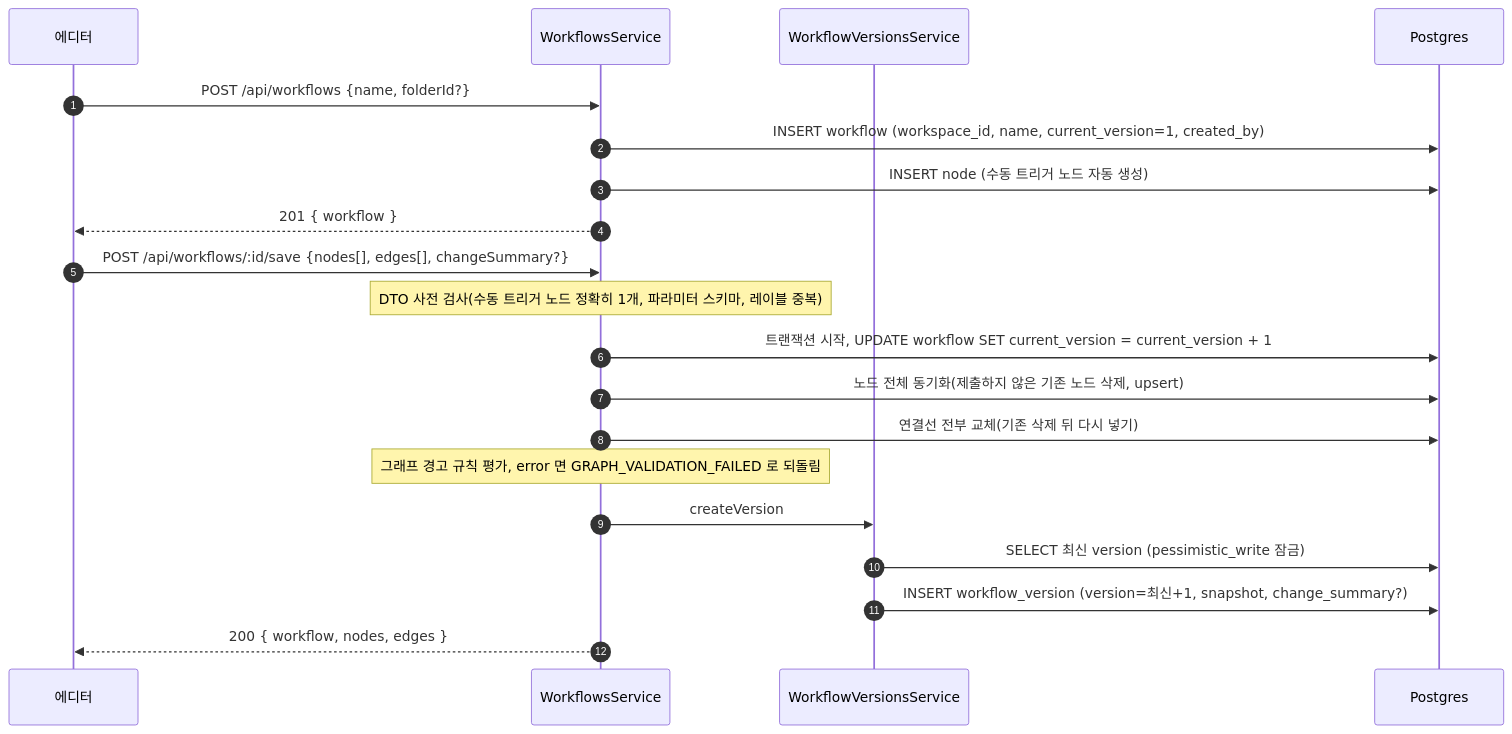
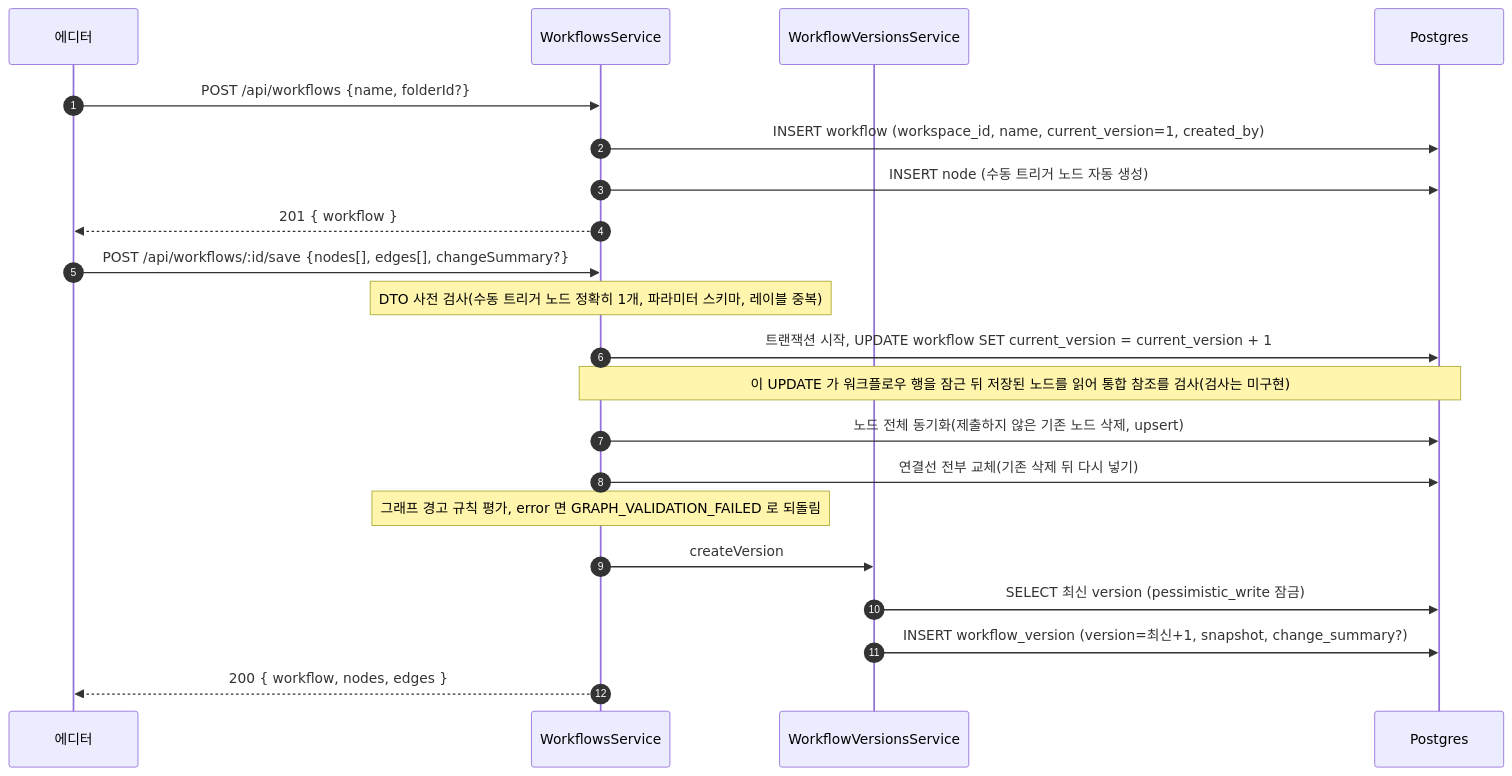
One commit to worker-ants/clemvion changed the second of 3 diagrams in spec/CLE-WF/CLE-WF-DATA.md. Above: the diagram before and after it, drawn with Mermaid. The commit also changed other lines of this file and 23 other files, not shown here.

````diff
--- a/spec/CLE-WF/CLE-WF-DATA.md
+++ b/spec/CLE-WF/CLE-WF-DATA.md
@@ -199,22 +199,23 @@
 ```mermaid
 sequenceDiagram
   autonumber
   participant C as 에디터
   participant Wf as WorkflowsService
   participant Ver as WorkflowVersionsService
   participant PG as Postgres
   C->>Wf: POST /api/workflows {name, folderId?}
   Wf->>PG: INSERT workflow (workspace_id, name, current_version=1, created_by)
   Wf->>PG: INSERT node (수동 트리거 노드 자동 생성)
   Wf-->>C: 201 { workflow }
   C->>Wf: POST /api/workflows/:id/save {nodes[], edges[], changeSummary?}
   Note over Wf: DTO 사전 검사(수동 트리거 노드 정확히 1개, 파라미터 스키마, 레이블 중복)
   Wf->>PG: 트랜잭션 시작, UPDATE workflow SET current_version = current_version + 1
+  Note over Wf,PG: 이 UPDATE 가 워크플로우 행을 잠근 뒤 저장된 노드를 읽어 통합 참조를 검사(검사는 미구현)
   Wf->>PG: 노드 전체 동기화(제출하지 않은 기존 노드 삭제, upsert)
   Wf->>PG: 연결선 전부 교체(기존 삭제 뒤 다시 넣기)
   Note over Wf: 그래프 경고 규칙 평가, error 면 GRAPH_VALIDATION_FAILED 로 되돌림
   Wf->>Ver: createVersion
   Ver->>PG: SELECT 최신 version (pessimistic_write 잠금)
   Ver->>PG: INSERT workflow_version (version=최신+1, snapshot, change_summary?)
   Wf-->>C: 200 { workflow, nodes, edges }
 ```
````
